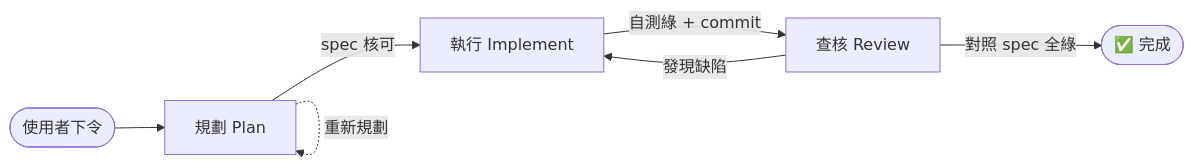
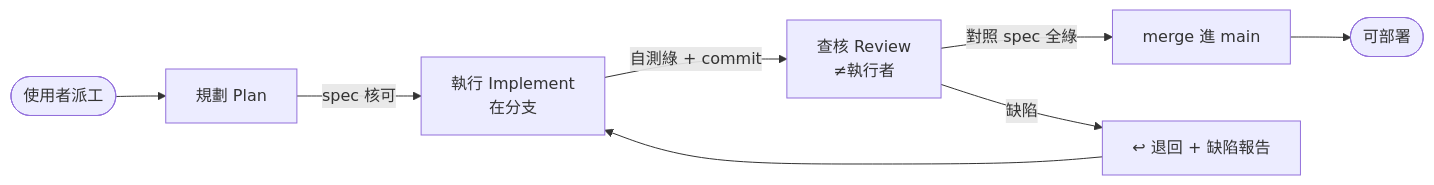
The diagram in docs/AI_WORKFLOW.md (ruan6047/cpbl-analytics), drawn with Mermaid before and after one commit. The commit also changed other lines of this file and 2 other files, not shown here.

````diff
--- a/docs/AI_WORKFLOW.md
+++ b/docs/AI_WORKFLOW.md
@@ -16,9 +24,10 @@
 ```mermaid
 flowchart LR
-    U([使用者下令]) --> P[規劃 Plan]
-    P -->|spec 核可| I[執行 Implement]
-    I -->|自測綠 + commit| R[查核 Review]
-    R -->|對照 spec 全綠| D([✅ 完成])
-    R -->|發現缺陷| I
-    P -.重新規劃.-> P
+    U([使用者派工]) --> P[規劃 Plan]
+    P -->|spec 核可| I[執行 Implement<br/>在分支]
+    I -->|自測綠 + commit| R[查核 Review<br/>≠執行者]
+    R -->|對照 spec 全綠| M[merge 進 main]
+    M --> D([可部署])
+    R -->|缺陷| RJ[↩ 退回 + 缺陷報告]
+    RJ --> I
 ```
````
